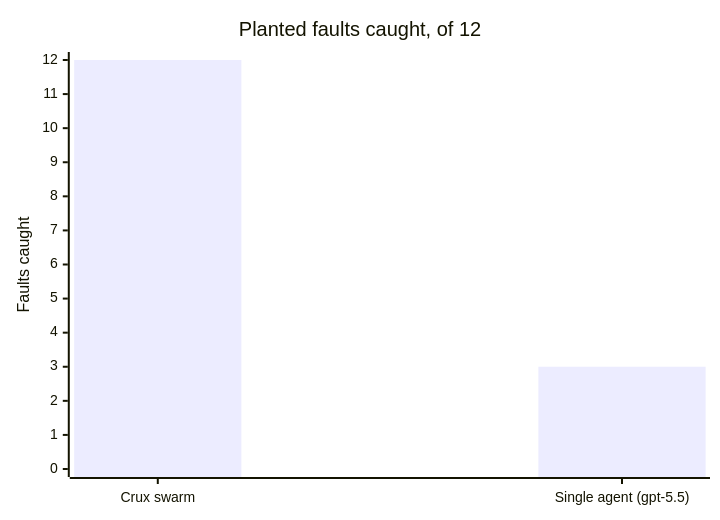
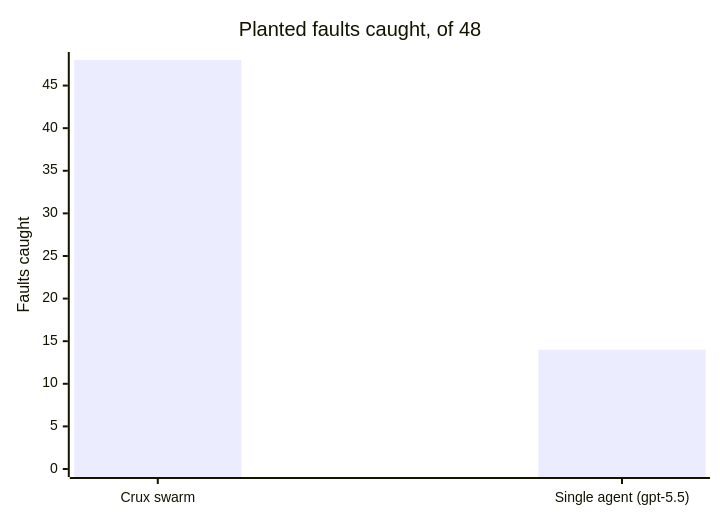
One commit to gavinzhao30/Crux changed the second of 13 diagrams in README.md. Above: the diagram before and after it, drawn with Mermaid. The commit also changed other lines of this file and 24 other files, not shown here.

````diff
--- a/README.md
+++ b/README.md
@@ -50,7 +50,7 @@
 ```mermaid
 xychart-beta
-    title "Planted faults caught, of 12"
+    title "Planted faults caught, of 48"
     x-axis ["Crux swarm", "Single agent (gpt-5.5)"]
-    y-axis "Faults caught" 0 --> 12
-    bar [12, 3]
+    y-axis "Faults caught" 0 --> 48
+    bar [48, 14]
 ```
````
